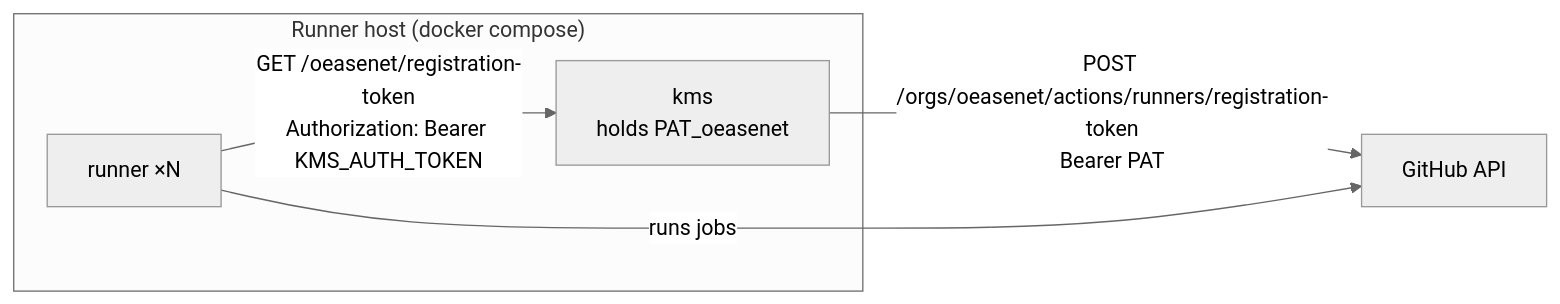
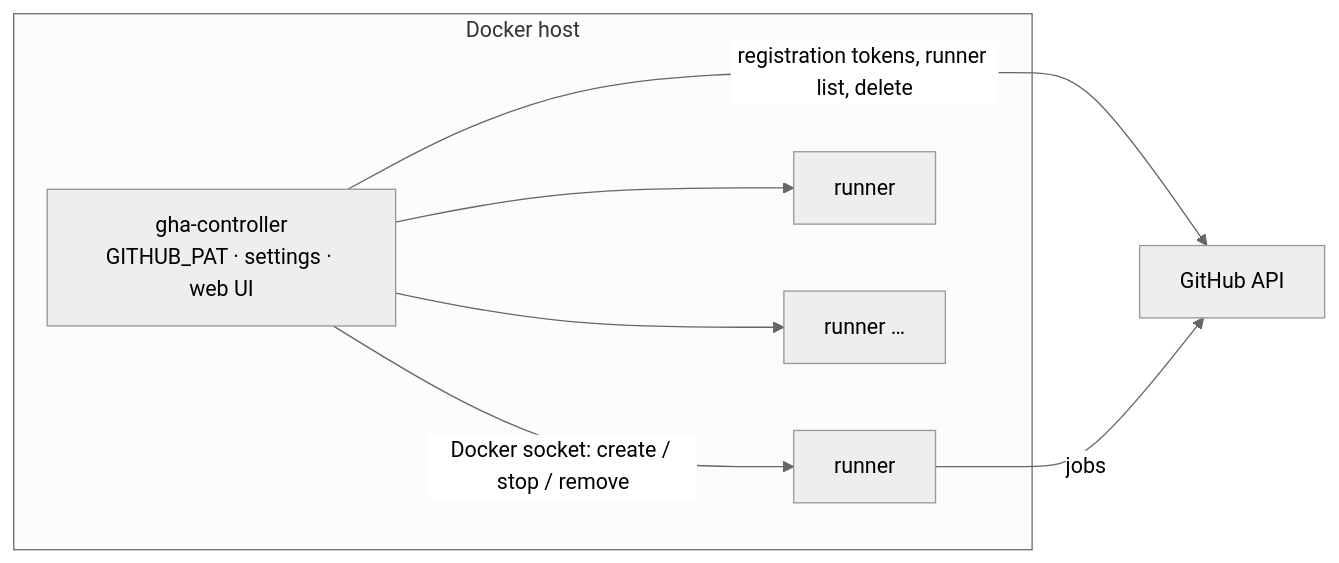
One commit to oeasenet/corral changed the diagram in README.md. Above: the diagram before and after it, drawn with Mermaid (neutral theme). The commit also changed other lines of this file and 15 other files, not shown here.

First line of the commit message:
Single-container deployment: controller replaces KMS + compose scaling

````diff
--- a/README.md
+++ b/README.md
@@ -13,10 +9,14 @@
 ```mermaid
 graph LR
-    subgraph host["Runner host (docker compose)"]
-        KMS["kms<br/>holds PAT_oeasenet"]
-        R1["runner ×N"]
+    subgraph host["Docker host"]
+        C["gha-controller<br/>GITHUB_PAT · settings · web UI"]
+        R1["runner"]
+        R2["runner"]
+        R3["runner …"]
     end
-    R1 -- "GET /oeasenet/registration-token<br/>Authorization: Bearer KMS_AUTH_TOKEN" --> KMS
-    KMS -- "POST /orgs/oeasenet/actions/runners/registration-token<br/>Bearer PAT" --> GH["GitHub API"]
-    R1 -- "runs jobs" --> GH
+    C -- "Docker socket: create / stop / remove" --> R1
+    C -- " " --> R2
+    C -- " " --> R3
+    C -- "registration tokens, runner list, delete" --> GH["GitHub API"]
+    R1 -- "jobs" --> GH
 ```
````
